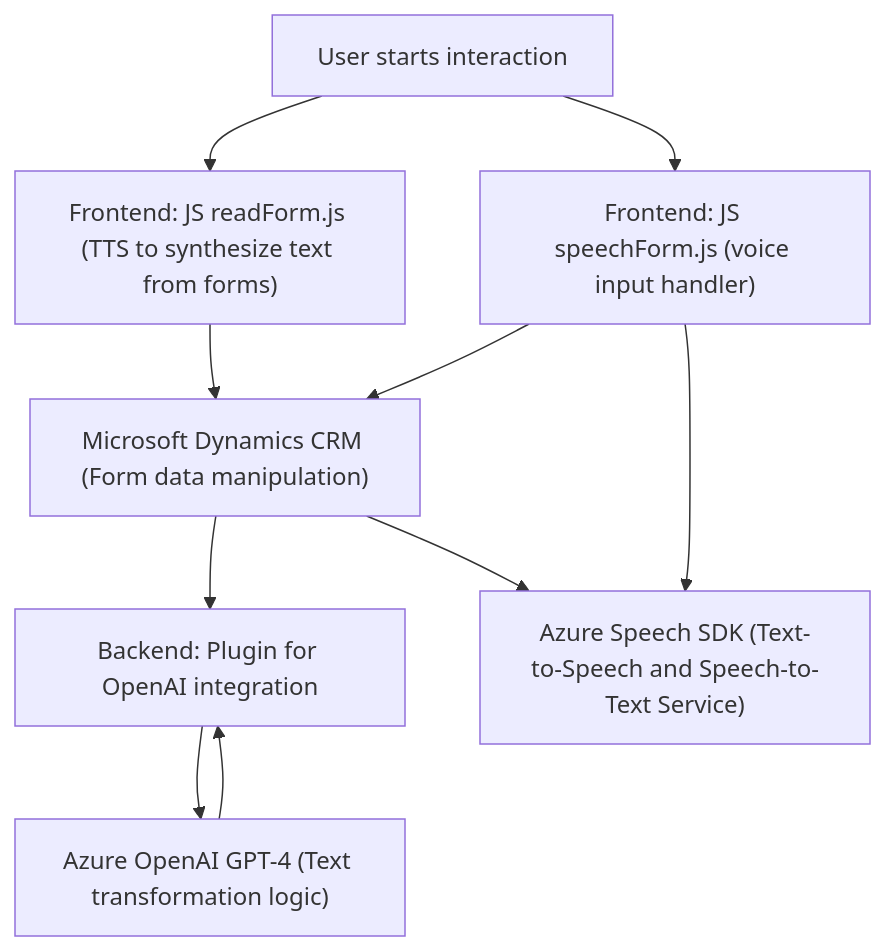
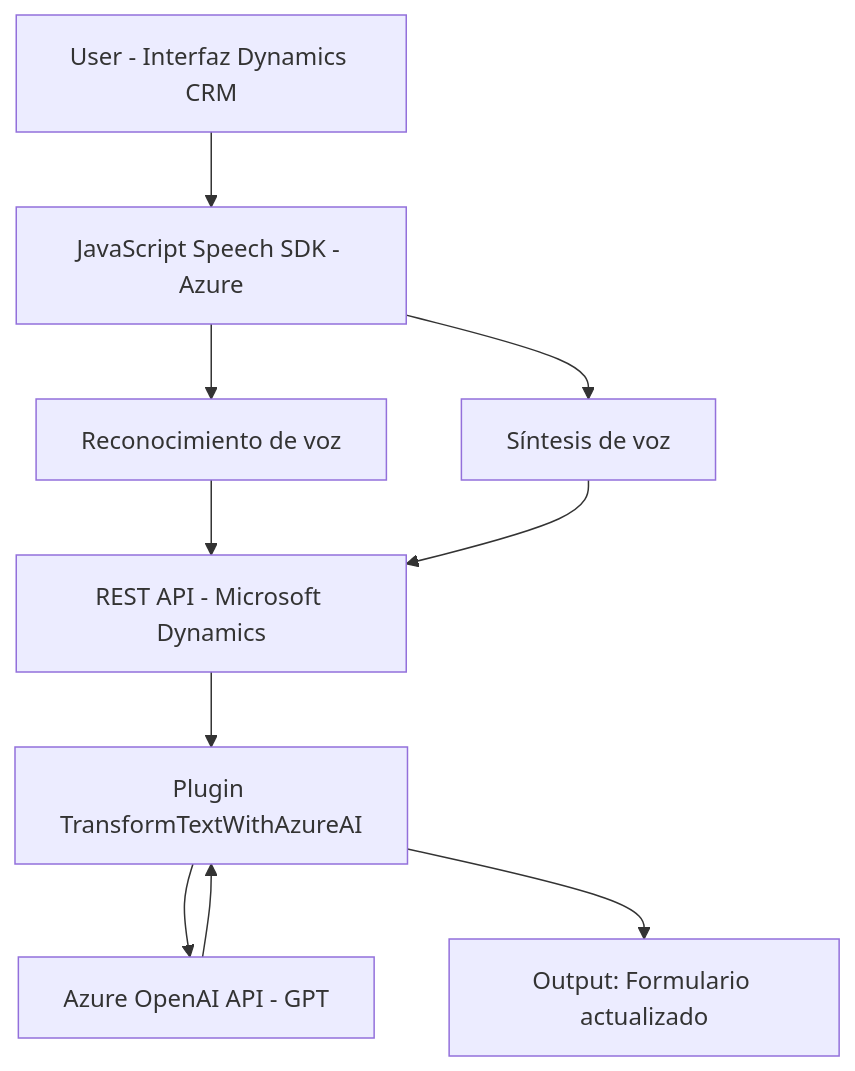
Before and after one commit to blopezdm/NETCORE_BILBAO2025: the diagram in README.md, drawn with Mermaid. The commit also changed other lines of this file, not shown here.

````diff
--- a/README.md
+++ b/README.md
@@ -49,20 +24,21 @@
 ```mermaid
 graph TD
-    A["User starts interaction"]
-    B["Frontend: JS readForm.js (TTS to synthesize text from forms)"]
-    C["Frontend: JS speechForm.js (voice input handler)"]
-    D["Backend: Plugin for OpenAI integration"]
-    E["Azure Speech SDK (Text-to-Speech and Speech-to-Text Service)"]
-    F["Microsoft Dynamics CRM (Form data manipulation)"]
-    G["Azure OpenAI GPT-4 (Text transformation logic)"]
+  A["User - Interfaz Dynamics CRM"]
+  B["JavaScript Speech SDK - Azure"]
+  C["Reconocimiento de voz"]
+  D["Síntesis de voz"]
+  E["REST API - Microsoft Dynamics"]
+  F["Plugin TransformTextWithAzureAI"]
+  G["Azure OpenAI API - GPT"]
+  H["Output: Formulario actualizado"]
 
-    A --> B
-    A --> C
-    B --> F
-    C --> F
-    C --> E
-    F --> D
-    D --> G
-    G --> D
-    F --> E
+  A --> B
+  B --> C
+  B --> D
+  C --> E
+  D --> E
+  E --> F
+  F --> G
+  G --> F
+  F --> H
 ```
````
